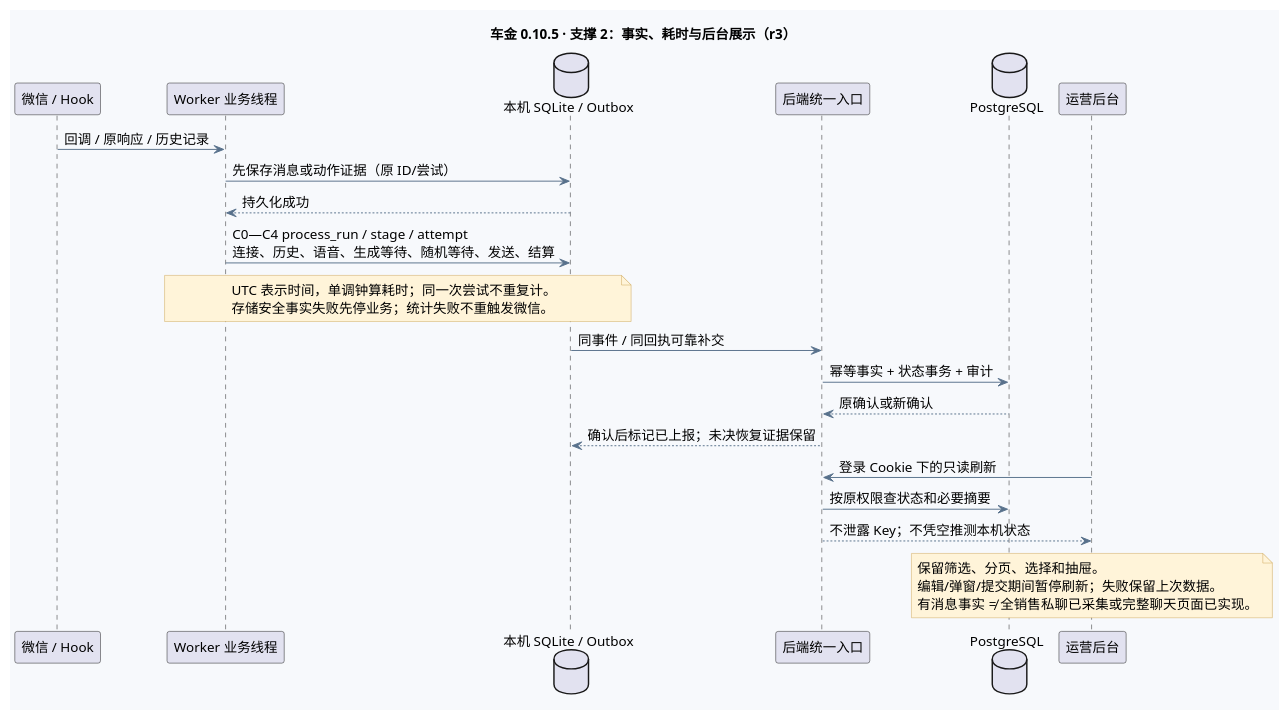
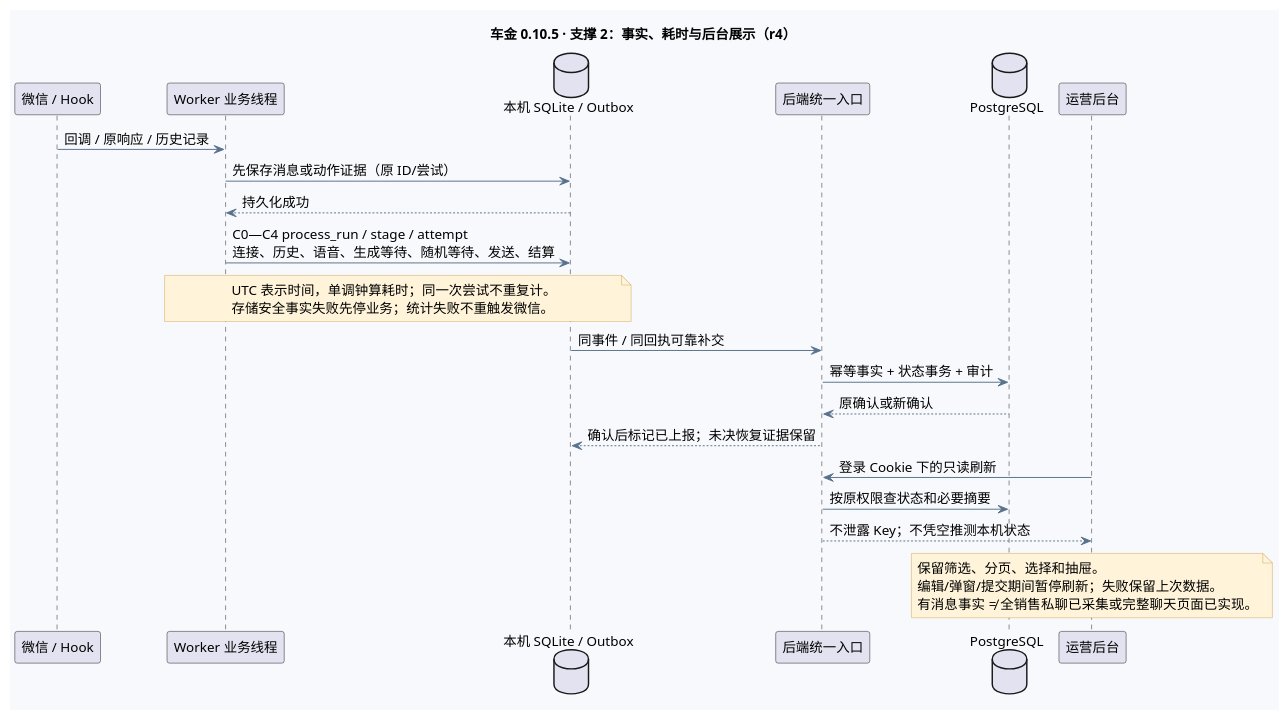
One commit to edwardzhang0304/chejin-ai-sales changed the third of 4 diagrams in deliverables/AI智能客服售前跟进系统_全流程图_v0.10.5.puml. Above: the diagram before and after it, drawn with PlantUML. The commit also changed other lines of this file and 8 other files, not shown here.

```diff
--- a/deliverables/AI智能客服售前跟进系统_全流程图_v0.10.5.puml
+++ b/deliverables/AI智能客服售前跟进系统_全流程图_v0.10.5.puml
@@ -235,41 +235,41 @@
 @startuml evidence
 !pragma layout smetana
 skinparam defaultFontName "PingFang SC"
 skinparam defaultFontSize 14
 skinparam backgroundColor #F7F9FC
 skinparam shadowing false
 skinparam activityBackgroundColor #FFFFFF
 skinparam activityBorderColor #58718C
 skinparam activityDiamondBackgroundColor #E8F2FE
 skinparam activityDiamondBorderColor #58718C
 skinparam ArrowColor #58718C
 skinparam noteBackgroundColor #FFF4D9
 skinparam noteBorderColor #CDA556
-title 车金 0.10.5 · 支撑 2：事实、耗时与后台展示（r3）
+title 车金 0.10.5 · 支撑 2：事实、耗时与后台展示（r4）
 participant "微信 / Hook" as H
 participant "Worker 业务线程" as W
 database "本机 SQLite / Outbox" as L
 participant "后端统一入口" as B
 database "PostgreSQL" as D
 participant "运营后台" as U
 H -> W : 回调 / 原响应 / 历史记录
 W -> L : 先保存消息或动作证据（原 ID/尝试）
 L --> W : 持久化成功
 W -> L : C0—C4 process_run / stage / attempt\n连接、历史、语音、生成等待、随机等待、发送、结算
 note over W,L
 UTC 表示时间，单调钟算耗时；同一次尝试不重复计。
 存储安全事实失败先停业务；统计失败不重触发微信。
 end note
 L -> B : 同事件 / 同回执可靠补交
 B -> D : 幂等事实 + 状态事务 + 审计
 D --> B : 原确认或新确认
 B --> L : 确认后标记已上报；未决恢复证据保留
 U -> B : 登录 Cookie 下的只读刷新
 B -> D : 按原权限查状态和必要摘要
 B --> U : 不泄露 Key；不凭空推测本机状态
 note over U
 保留筛选、分页、选择和抽屉。
 编辑/弹窗/提交期间暂停刷新；失败保留上次数据。
 有消息事实 ≠ 全销售私聊已采集或完整聊天页面已实现。
 end note
 @enduml
```
